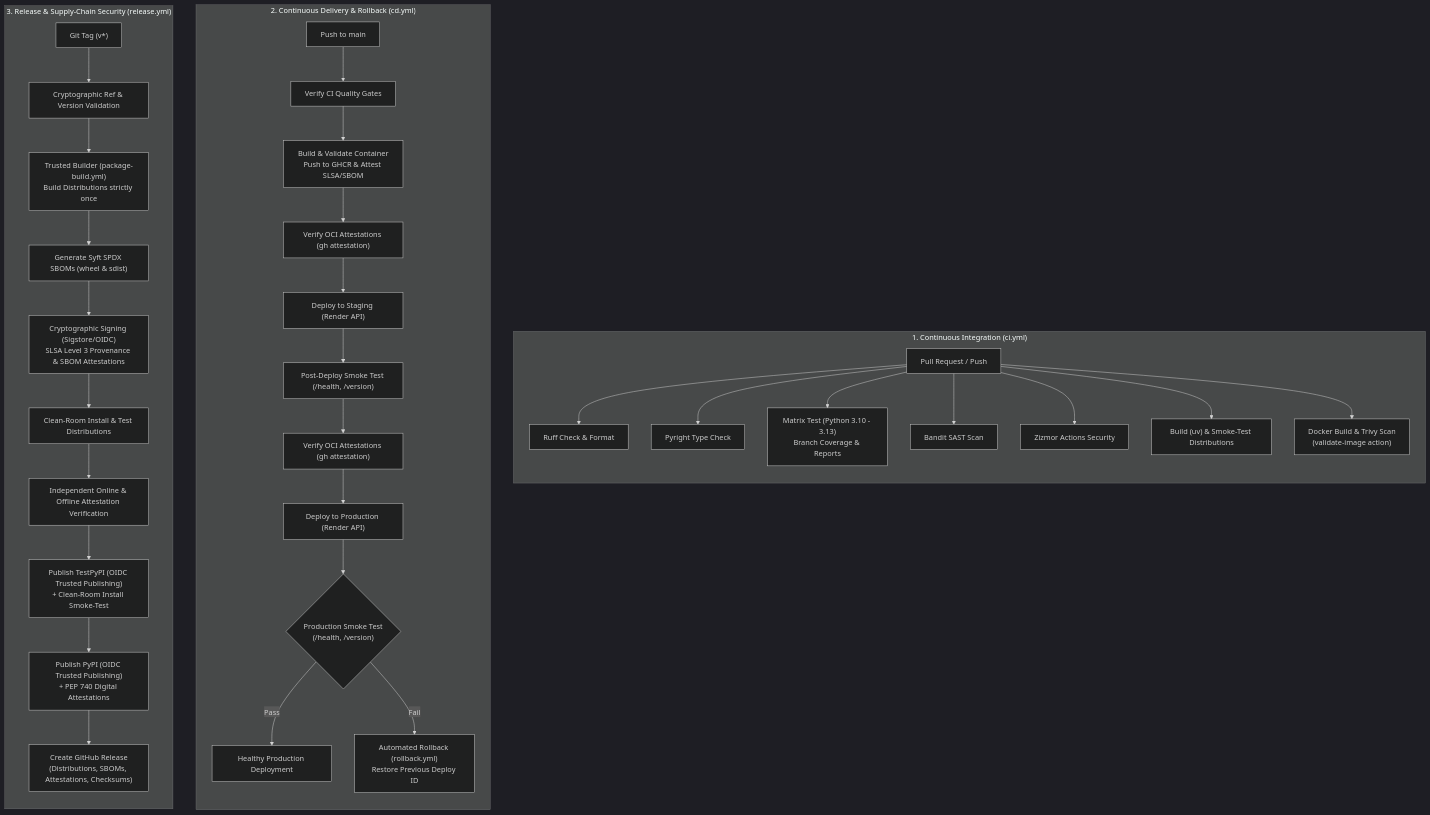
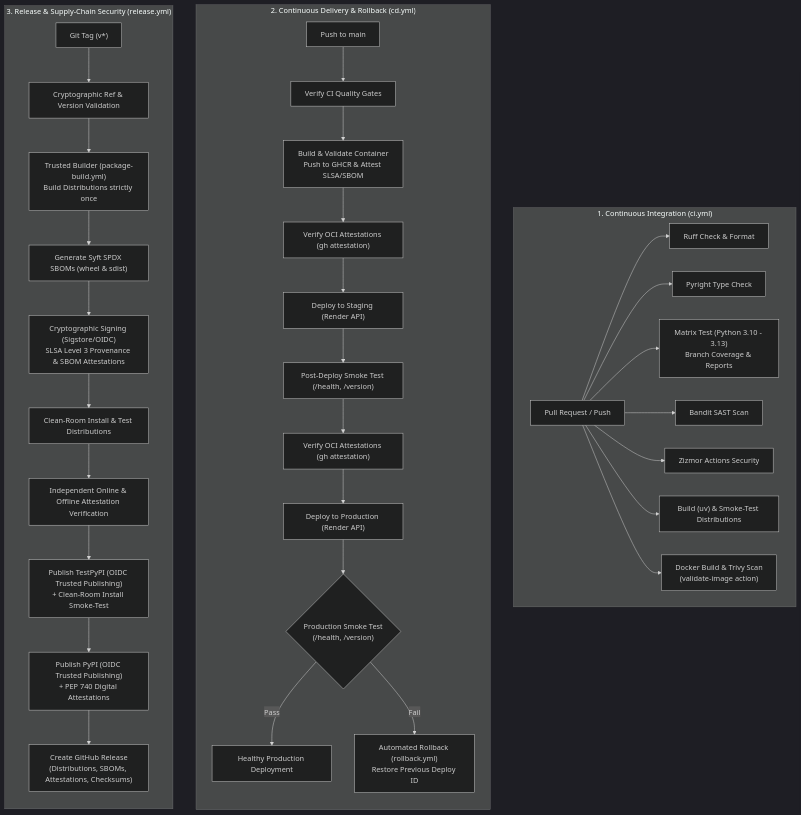
Before and after one commit to JohnStephens1/ci-cd-playground: the third of 4 diagrams in README.md, drawn with Mermaid (dark theme). The commit also changed other lines of this file, not shown here.

Commit message:
chore(docs): implement new mermaid graphs

````diff
--- a/README.md
+++ b/README.md
@@ -53,40 +143,40 @@
 ```mermaid
 flowchart TD
     subgraph CI["1. Continuous Integration (ci.yml)"]
-        direction TB
+        direction LR
         PR["Pull Request / Push"] --> Lint["Ruff Check & Format"]
         PR --> TypeCheck["Pyright Type Check"]
         PR --> MatrixTest["Matrix Test (Python 3.10 - 3.13)<br/>Branch Coverage & Reports"]
         PR --> Bandit["Bandit SAST Scan"]
         PR --> Zizmor["Zizmor Actions Security"]
         PR --> BuildTest["Build (uv) & Smoke-Test Distributions"]
         PR --> DockerScan["Docker Build & Trivy Scan<br/>(validate-image action)"]
     end
 
     subgraph CD["2. Continuous Delivery & Rollback (cd.yml)"]
         direction TB
         Merge["Push to main"] --> CI_Gate["Verify CI Quality Gates"]
         CI_Gate --> DockerPub["Build & Validate Container<br/>Push to GHCR & Attest SLSA/SBOM"]
         DockerPub --> PreDeployStg["Verify OCI Attestations (gh attestation)"]
         PreDeployStg --> DeployStg["Deploy to Staging (Render API)"]
         DeployStg --> StgSmoke["Post-Deploy Smoke Test (/health, /version)"]
         StgSmoke --> PreDeployProd["Verify OCI Attestations (gh attestation)"]
         PreDeployProd --> DeployProd["Deploy to Production (Render API)"]
         DeployProd --> ProdSmoke{"Production Smoke Test<br/>(/health, /version)"}
         ProdSmoke -->|Pass| Live["Healthy Production Deployment"]
         ProdSmoke -->|Fail| AutoRollback["Automated Rollback (rollback.yml)<br/>Restore Previous Deploy ID"]
     end
 
     subgraph Release["3. Release & Supply-Chain Security (release.yml)"]
         direction TB
         Tag["Git Tag (v*)"] --> ValRef["Cryptographic Ref & Version Validation"]
         ValRef --> SLSA3Build["Trusted Builder (package-build.yml)<br/>Build Distributions strictly once"]
         SLSA3Build --> GenSBOM["Generate Syft SPDX SBOMs (wheel & sdist)"]
         GenSBOM --> Attest["Cryptographic Signing (Sigstore/OIDC)<br/>SLSA Level 3 Provenance & SBOM Attestations"]
         Attest --> TestDist["Clean-Room Install & Test Distributions"]
         TestDist --> AuditVerify["Independent Online & Offline Attestation Verification"]
         AuditVerify --> PubTestPyPI["Publish TestPyPI (OIDC Trusted Publishing)<br/>+ Clean-Room Install Smoke-Test"]
         PubTestPyPI --> PubPyPI["Publish PyPI (OIDC Trusted Publishing)<br/>+ PEP 740 Digital Attestations"]
         PubPyPI --> GHRelease["Create GitHub Release<br/>(Distributions, SBOMs, Attestations, Checksums)"]
     end
 ```
````
